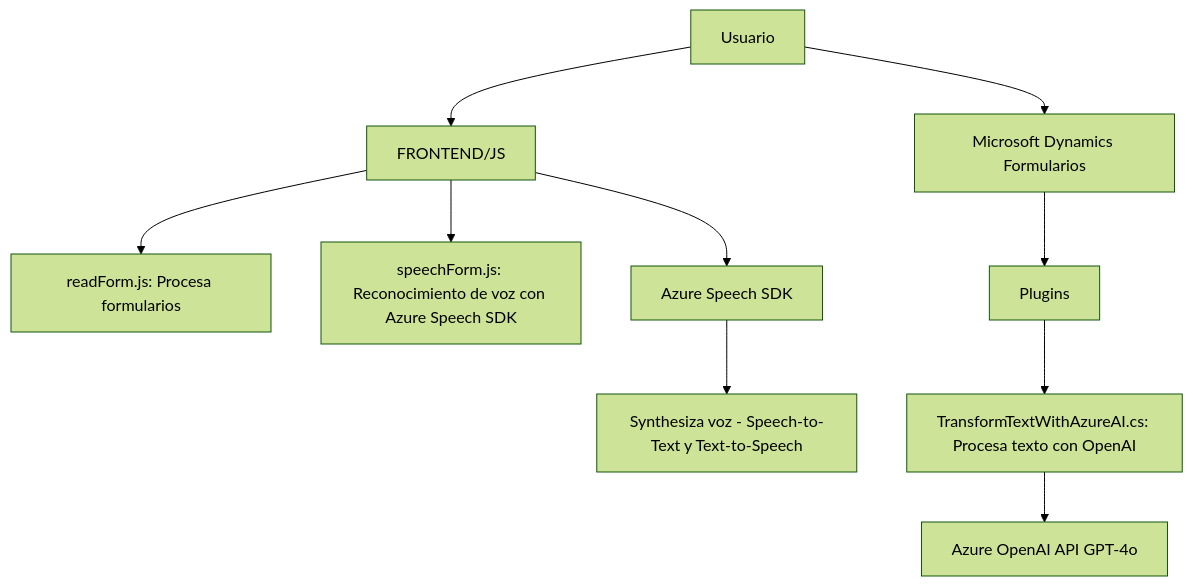
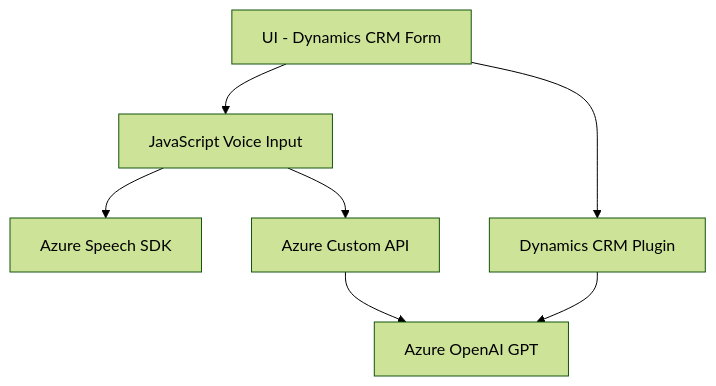
Before and after one commit to blopezdm/NETCORE_BILBAO2025: the diagram in README.md, drawn with Mermaid (forest theme). The commit also changed other lines of this file, not shown here.

Commit message:
Actualizar análisis global de la solución con IA

````diff
--- a/README.md
+++ b/README.md
@@ -44,12 +28,9 @@
 ```mermaid
 graph TD
-    A[Usuario] --> B[FRONTEND/JS]
-    B --> C["readForm.js: Procesa formularios"]
-    B --> D["speechForm.js: Reconocimiento de voz con Azure Speech SDK"]
-    B --> E["Azure Speech SDK"]
-    E --> F["Synthesiza voz - Speech-to-Text y Text-to-Speech"]
-    A --> G[Microsoft Dynamics Formularios]
-    G --> H[Plugins]
-    H --> I["TransformTextWithAzureAI.cs: Procesa texto con OpenAI"]
-    I --> J["Azure OpenAI API GPT-4o"]
+    A["UI - Dynamics CRM Form"] --> B["JavaScript Voice Input"]
+    B --> C["Azure Speech SDK"]
+    B --> D["Azure Custom API"]
+    D --> F["Azure OpenAI GPT"]
+    A --> G["Dynamics CRM Plugin"]
+    G --> F
 ```
````
